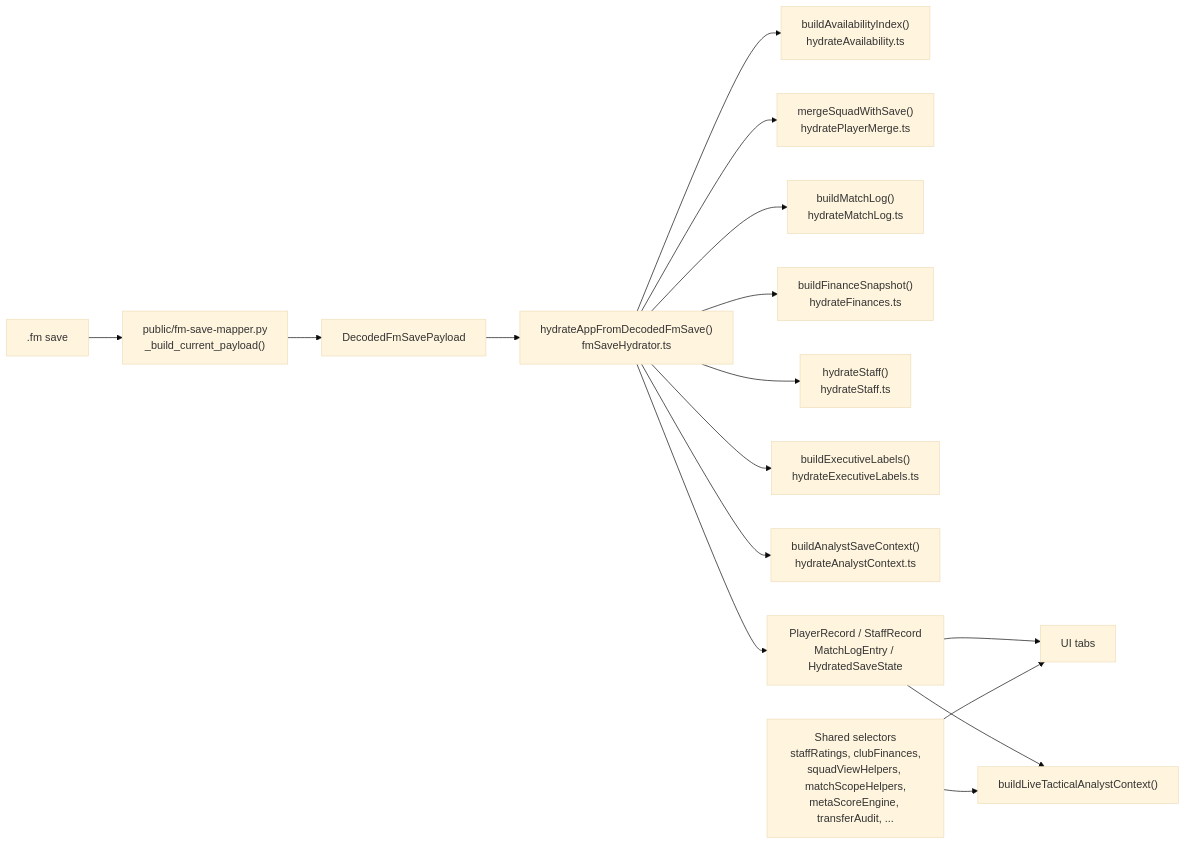
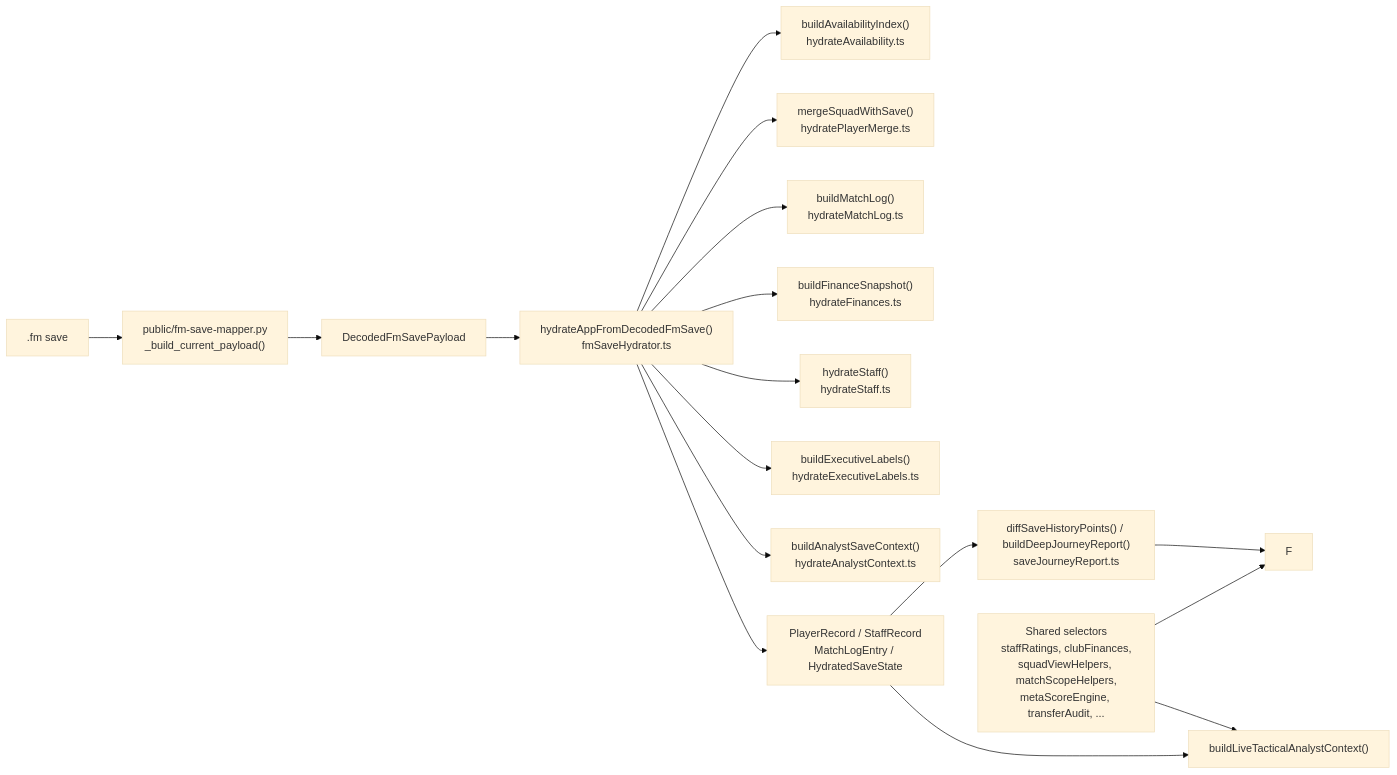
Before and after one commit to bd94fd/fm27-command-hub: the diagram in docs/data-parity-contract-map.md, drawn with Mermaid (base theme). The commit also changed 6 other files, not shown here.

First line of the commit message:
refactor: move the journey report out of saveCache (R40 pass 14) (#129)

````diff
--- a/docs/data-parity-contract-map.md
+++ b/docs/data-parity-contract-map.md
@@ -11,18 +11,19 @@
 ```mermaid
 flowchart LR
   A[".fm save"] --> B["public/fm-save-mapper.py<br/>_build_current_payload()"]
   B --> C["DecodedFmSavePayload"]
   C --> D["hydrateAppFromDecodedFmSave()<br/>fmSaveHydrator.ts"]
   D --> D1["buildAvailabilityIndex()<br/>hydrateAvailability.ts"]
   D --> D0["mergeSquadWithSave()<br/>hydratePlayerMerge.ts"]
   D --> D3["buildMatchLog()<br/>hydrateMatchLog.ts"]
   D --> D4["buildFinanceSnapshot()<br/>hydrateFinances.ts"]
   D --> D5["hydrateStaff()<br/>hydrateStaff.ts"]
   D --> D6["buildExecutiveLabels()<br/>hydrateExecutiveLabels.ts"]
   D --> D2["buildAnalystSaveContext()<br/>hydrateAnalystContext.ts"]
   D --> E["PlayerRecord / StaffRecord<br/>MatchLogEntry / HydratedSaveState"]
-  E --> F["UI tabs"]
+  E --> J["diffSaveHistoryPoints() / buildDeepJourneyReport()<br/>saveJourneyReport.ts"]
+  J --> F
   E --> G["buildLiveTacticalAnalystContext()"]
   H["Shared selectors<br/>staffRatings, clubFinances,<br/>squadViewHelpers, matchScopeHelpers,<br/>metaScoreEngine, transferAudit, ..."] --> F
   H --> G
 ```
````
